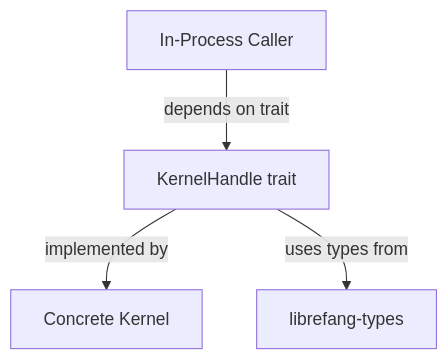
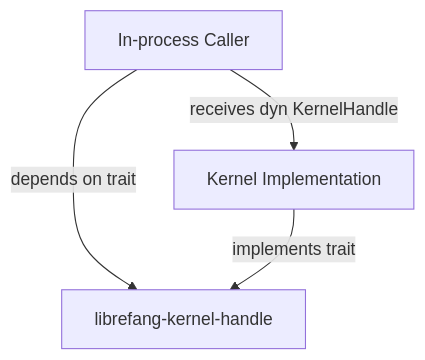
The diagram in other-librefang-kernel-handle.md (leszek3737/librefang-WIki), drawn with Mermaid before and after one commit. The commit also changed other lines of this file and 128 other files, not shown here.

````diff
--- a/other-librefang-kernel-handle.md
+++ b/other-librefang-kernel-handle.md
@@ -17,6 +15,6 @@
 ```mermaid
 graph TD
-    A[In-Process Caller] -->|depends on trait| B[KernelHandle trait]
-    B -->|implemented by| C[Concrete Kernel]
-    B -->|uses types from| D[librefang-types]
+    A[In-process Caller] -->|depends on trait| B[librefang-kernel-handle]
+    C[Kernel Implementation] -->|implements trait| B
+    A -->|receives dyn KernelHandle| C
 ```
````
